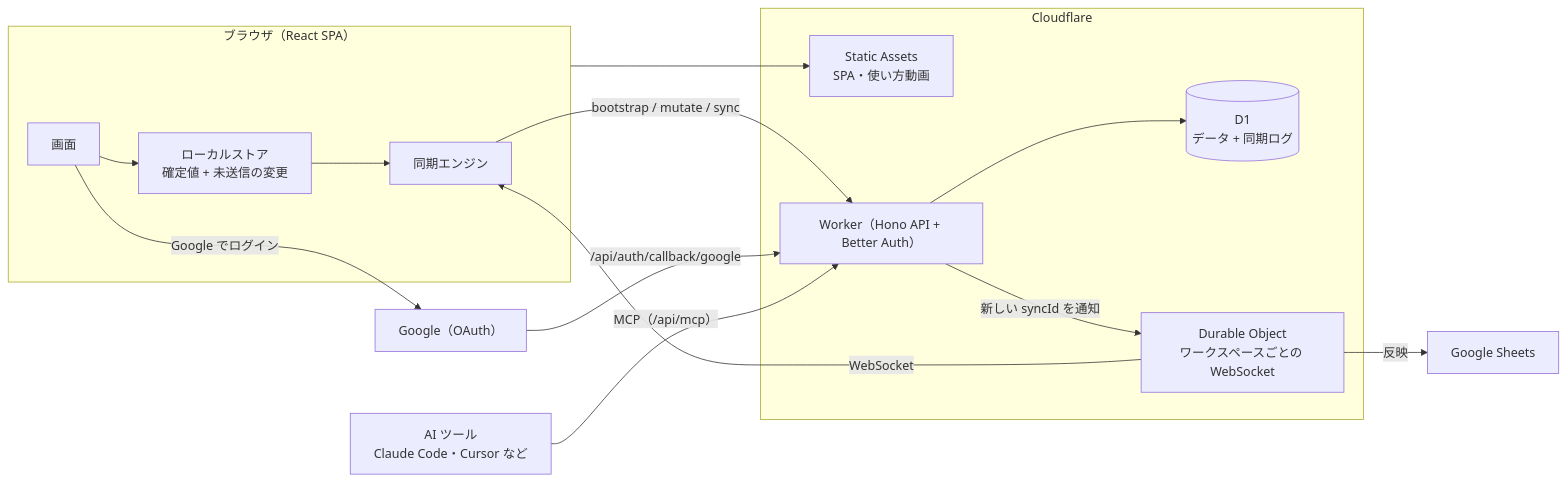
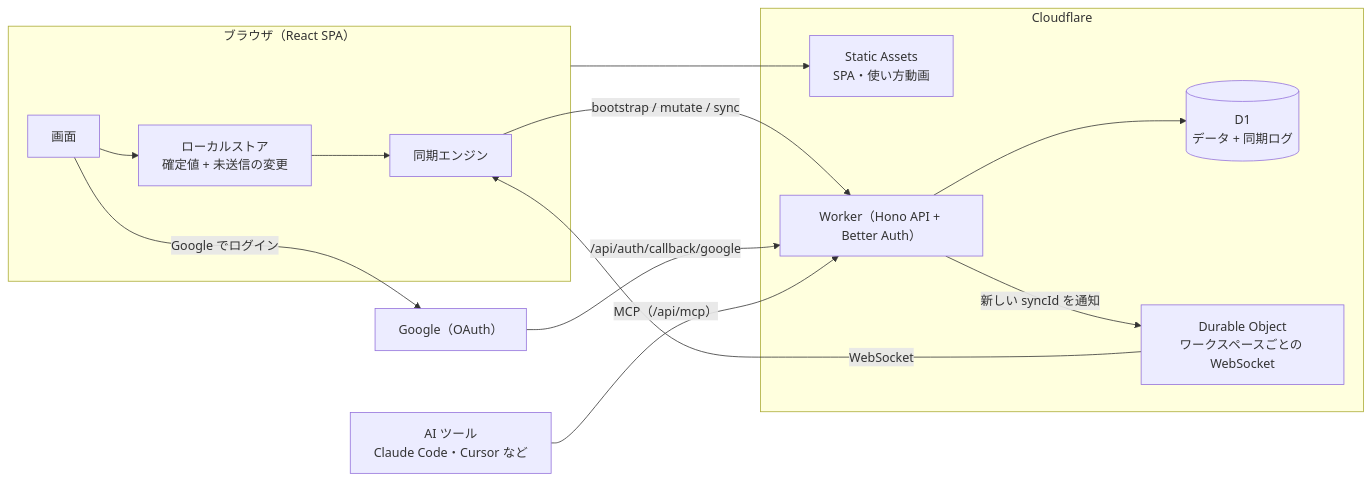
One commit to otomatty/sen changed the diagram in README.md. Above: the diagram before and after it, drawn with Mermaid. The commit also changed other lines of this file and 37 other files, not shown here.

````diff
--- a/README.md
+++ b/README.md
@@ -58,21 +56,20 @@
 ```mermaid
 flowchart LR
   subgraph Browser["ブラウザ（React SPA）"]
     UI["画面"] --> Store["ローカルストア<br/>確定値 + 未送信の変更"]
     Store --> Engine["同期エンジン"]
   end
   subgraph CF["Cloudflare"]
     Assets["Static Assets<br/>SPA・使い方動画"]
     Worker["Worker（Hono API + Better Auth）"]
     D1[("D1<br/>データ + 同期ログ")]
     DO["Durable Object<br/>ワークスペースごとの WebSocket"]
   end
   Engine -- "bootstrap / mutate / sync" --> Worker
   UI -- "Google でログイン" --> Google["Google（OAuth）"] -- "/api/auth/callback/google" --> Worker
   AI["AI ツール<br/>Claude Code・Cursor など"] -- "MCP（/api/mcp）" --> Worker
   Worker --> D1
   Worker -- "新しい syncId を通知" --> DO
   DO -- "WebSocket" --> Engine
-  DO -- "反映" --> GSheets["Google Sheets"]
   Browser --> Assets
 ```
````
